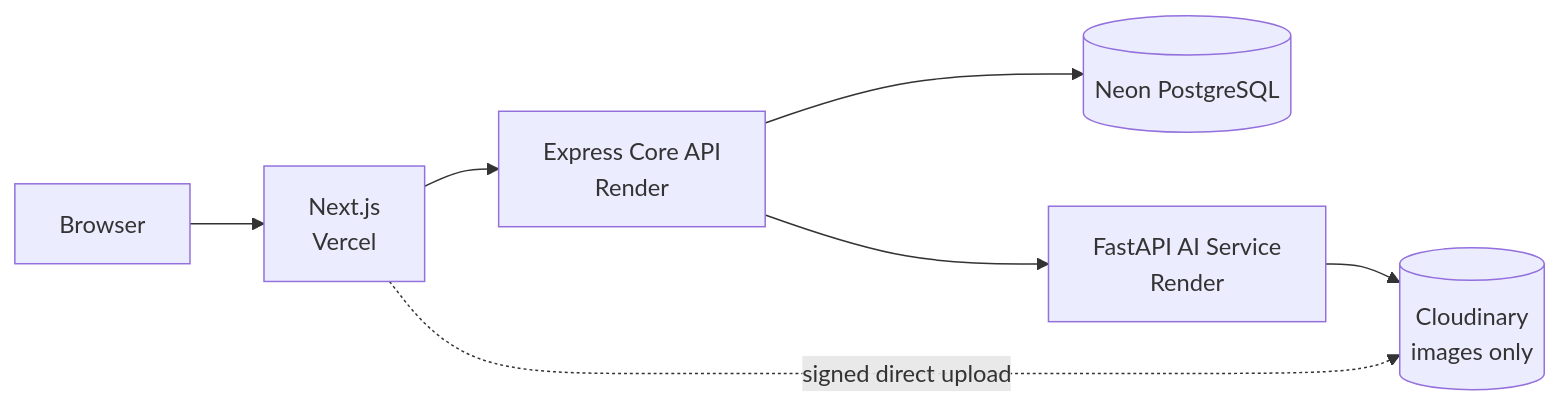
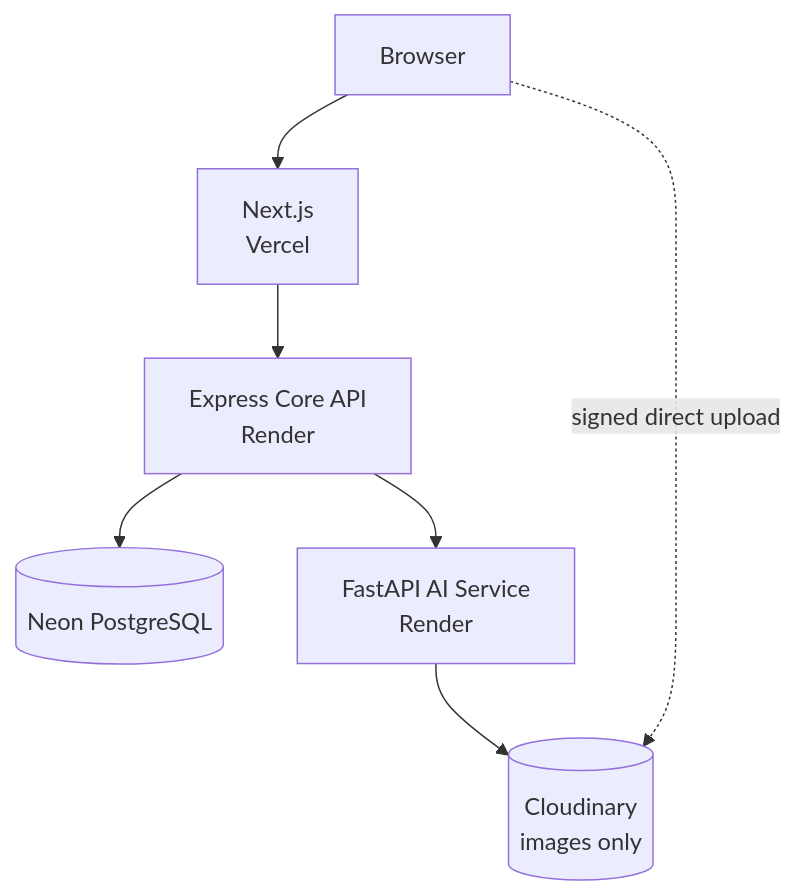
The first of 2 diagrams in README.md (Monisha325/VerifyKYC), drawn with Mermaid before and after one commit. The commit also changed other lines of this file, not shown here.

````diff
--- a/README.md
+++ b/README.md
@@ -42,9 +42,9 @@
 ```mermaid
-flowchart LR
+flowchart TD
     B[Browser] --> F[Next.js<br/>Vercel]
+    B -. signed direct upload .-> CL[(Cloudinary<br/>images only)]
     F --> C[Express Core API<br/>Render]
     C --> DB[(Neon PostgreSQL)]
     C --> AI[FastAPI AI Service<br/>Render]
-    F -. signed direct upload .-> CL[(Cloudinary<br/>images only)]
     AI --> CL
 ```
````
